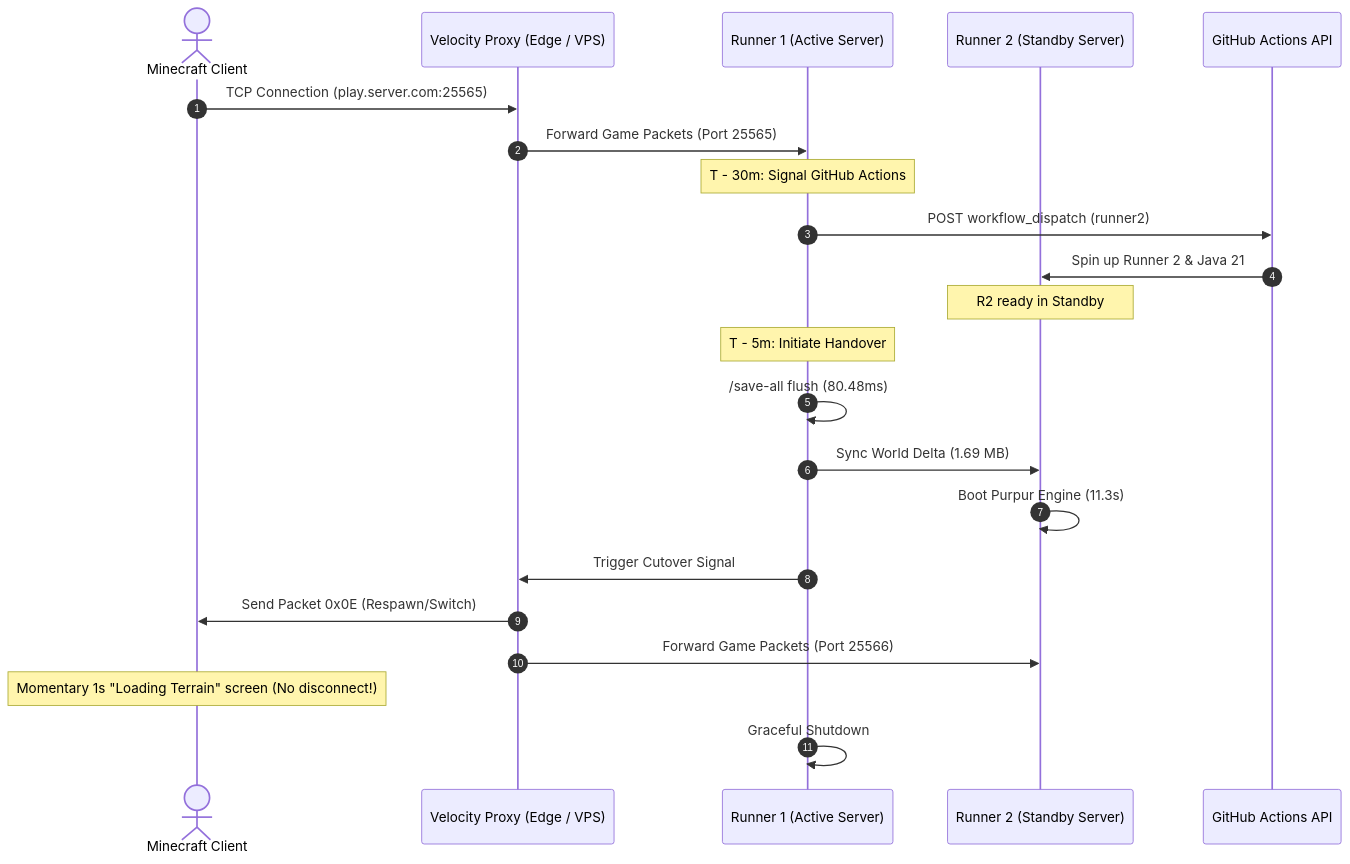
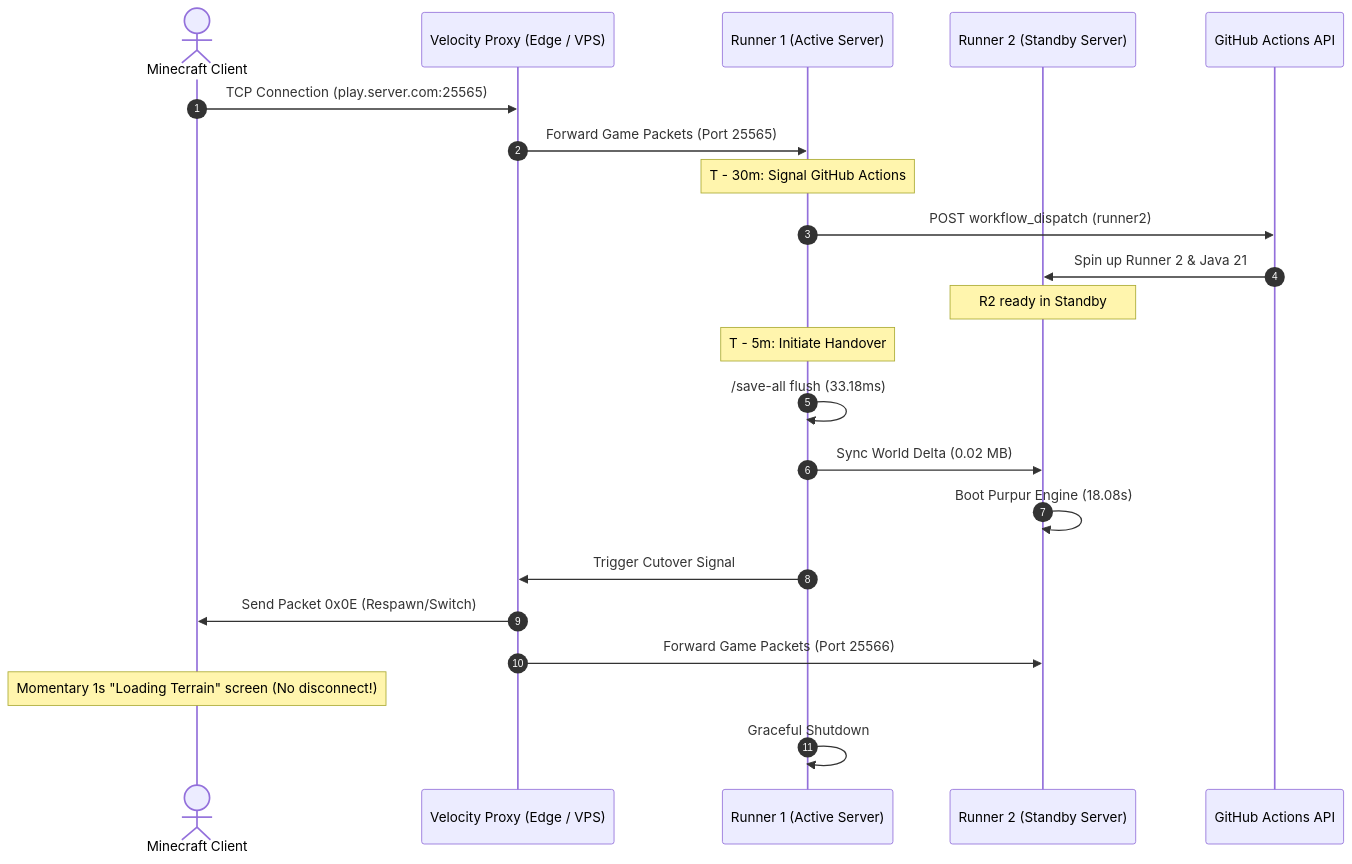
Before and after one commit to polly67/workflow-benchs: the first of 2 diagrams in results/MINECRAFT_RUNNER_BENCHMARK.md, drawn with Mermaid. The commit also changed other lines of this file, not shown here.

````diff
--- a/results/MINECRAFT_RUNNER_BENCHMARK.md
+++ b/results/MINECRAFT_RUNNER_BENCHMARK.md
@@ -57,26 +57,26 @@
 ```mermaid
 sequenceDiagram
     autonumber
     actor Player as Minecraft Client
     participant Proxy as Velocity Proxy (Edge / VPS)
     participant R1 as Runner 1 (Active Server)
     participant R2 as Runner 2 (Standby Server)
     participant GH as GitHub Actions API
 
     Player->>Proxy: TCP Connection (play.server.com:25565)
     Proxy->>R1: Forward Game Packets (Port 25565)
     Note over R1: T - 30m: Signal GitHub Actions
     R1->>GH: POST workflow_dispatch (runner2)
     GH->>R2: Spin up Runner 2 & Java 21
     Note over R2: R2 ready in Standby
 
     Note over R1: T - 5m: Initiate Handover
-    R1->>R1: /save-all flush (80.48ms)
-    R1->>R2: Sync World Delta (1.69 MB)
-    R2->>R2: Boot Purpur Engine (11.3s)
+    R1->>R1: /save-all flush (33.18ms)
+    R1->>R2: Sync World Delta (0.02 MB)
+    R2->>R2: Boot Purpur Engine (18.08s)
     R1->>Proxy: Trigger Cutover Signal
     Proxy->>Player: Send Packet 0x0E (Respawn/Switch)
     Proxy->>R2: Forward Game Packets (Port 25566)
     Note over Player: Momentary 1s "Loading Terrain" screen (No disconnect!)
     R1->>R1: Graceful Shutdown
 ```
````
